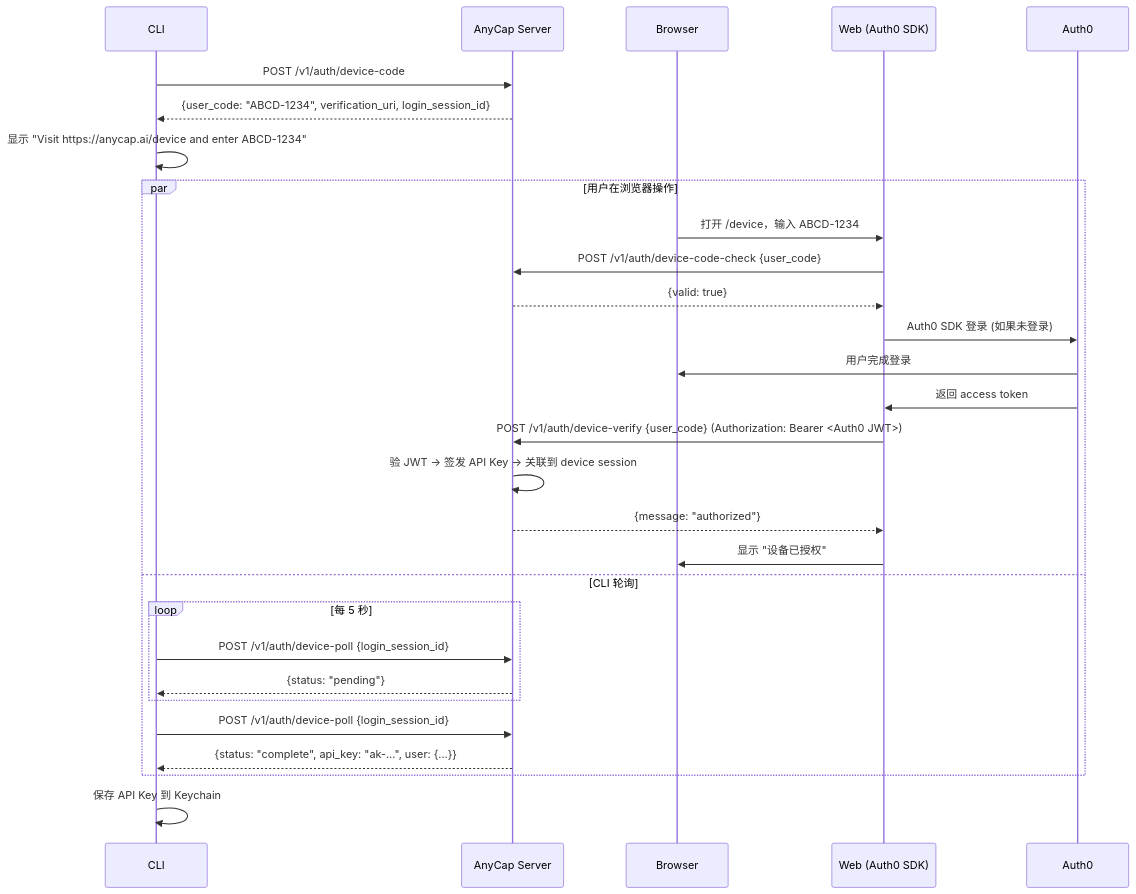
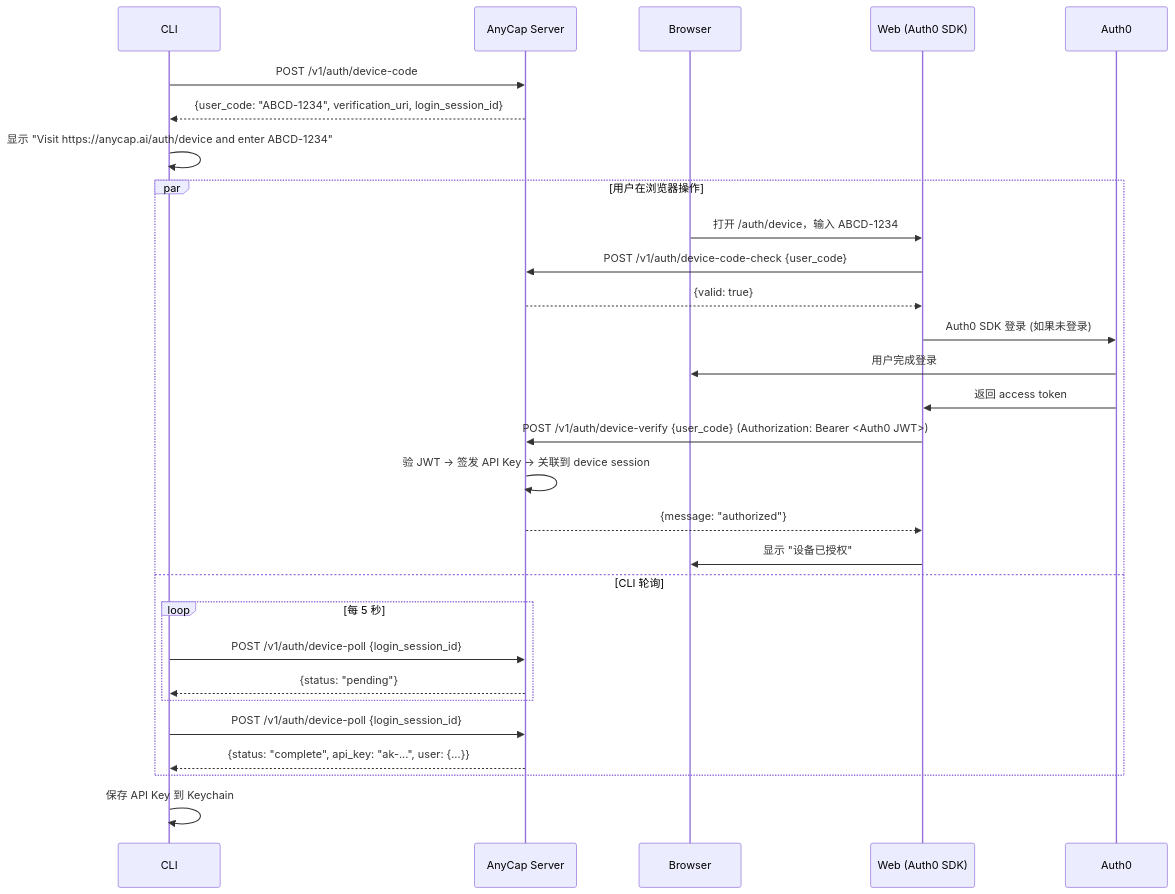
Before and after one commit to anycap-ai/anycap: the third of 3 diagrams in docs/plans/2026-03-27-web-auth-security-hardening.md, drawn with Mermaid. The commit also changed 20 other files, not shown here.

First line of the commit message:
fix: update device verification URL references to /auth/device

````diff
--- a/docs/plans/2026-03-27-web-auth-security-hardening.md
+++ b/docs/plans/2026-03-27-web-auth-security-hardening.md
@@ -137,35 +137,35 @@
 ```mermaid
 sequenceDiagram
     participant C as CLI
     participant S as AnyCap Server
     participant B as Browser
     participant W as Web (Auth0 SDK)
     participant A as Auth0
 
     C->>S: POST /v1/auth/device-code
     S-->>C: {user_code: "ABCD-1234", verification_uri, login_session_id}
 
-    C->>C: 显示 "Visit https://anycap.ai/device and enter ABCD-1234"
+    C->>C: 显示 "Visit https://anycap.ai/auth/device and enter ABCD-1234"
 
     par 用户在浏览器操作
-        B->>W: 打开 /device，输入 ABCD-1234
+        B->>W: 打开 /auth/device，输入 ABCD-1234
         W->>S: POST /v1/auth/device-code-check {user_code}
         S-->>W: {valid: true}
         W->>A: Auth0 SDK 登录 (如果未登录)
         A->>B: 用户完成登录
         A->>W: 返回 access token
         W->>S: POST /v1/auth/device-verify {user_code} (Authorization: Bearer <Auth0 JWT>)
         S->>S: 验 JWT → 签发 API Key → 关联到 device session
         S-->>W: {message: "authorized"}
         W->>B: 显示 "设备已授权"
     and CLI 轮询
         loop 每 5 秒
             C->>S: POST /v1/auth/device-poll {login_session_id}
             S-->>C: {status: "pending"}
         end
         C->>S: POST /v1/auth/device-poll {login_session_id}
         S-->>C: {status: "complete", api_key: "ak-...", user: {...}}
     end
 
     C->>C: 保存 API Key 到 Keychain
 ```
````
